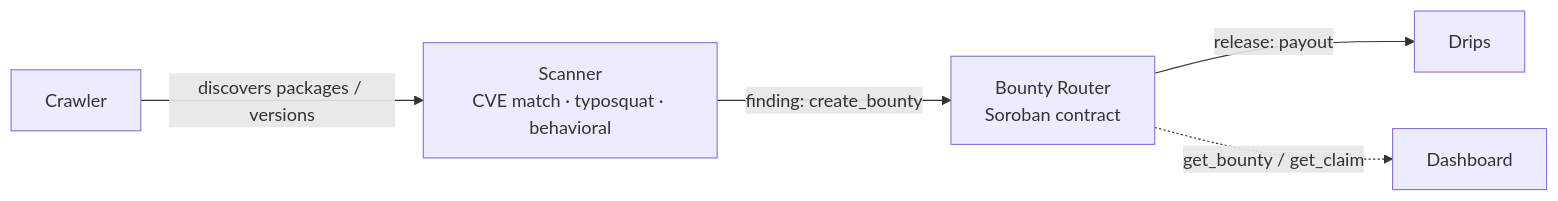
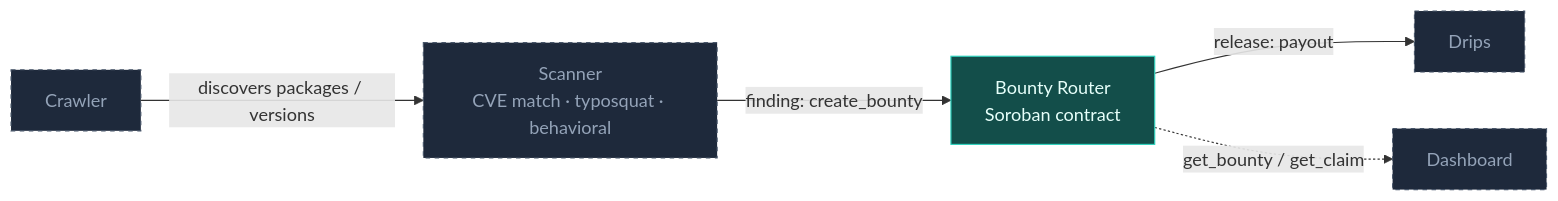
Before and after one commit to ALLEN-AYODEJI/DepRadar: the diagram in README.md, drawn with Mermaid. The commit also changed other lines of this file and 2 other files, not shown here.

````diff
--- a/README.md
+++ b/README.md
@@ -21,7 +21,12 @@
 ```mermaid
 flowchart LR
     Crawler[Crawler] -->|discovers packages / versions| Scanner[Scanner<br/>CVE match · typosquat · behavioral]
     Scanner -->|finding: create_bounty| Router[Bounty Router<br/>Soroban contract]
     Router -->|release: payout| Drips[Drips]
     Router -.get_bounty / get_claim.-> Dashboard[Dashboard]
+
+    classDef live fill:#134e4a,stroke:#2dd4bf,color:#e6fffa;
+    classDef planned fill:#1e293b,stroke:#475569,color:#94a3b8,stroke-dasharray:4;
+    class Router live;
+    class Crawler,Scanner,Drips,Dashboard planned;
 ```
````
